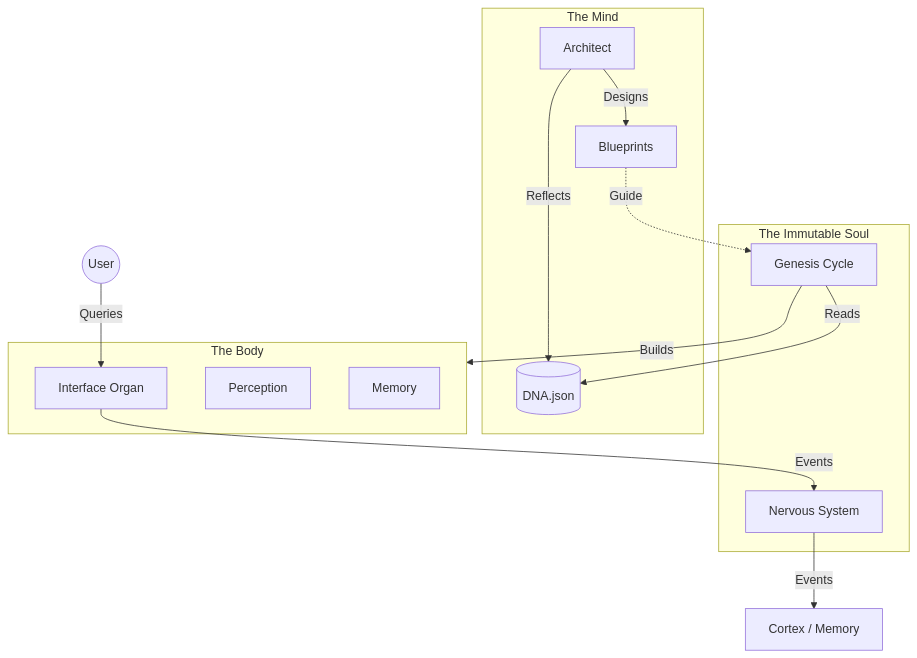
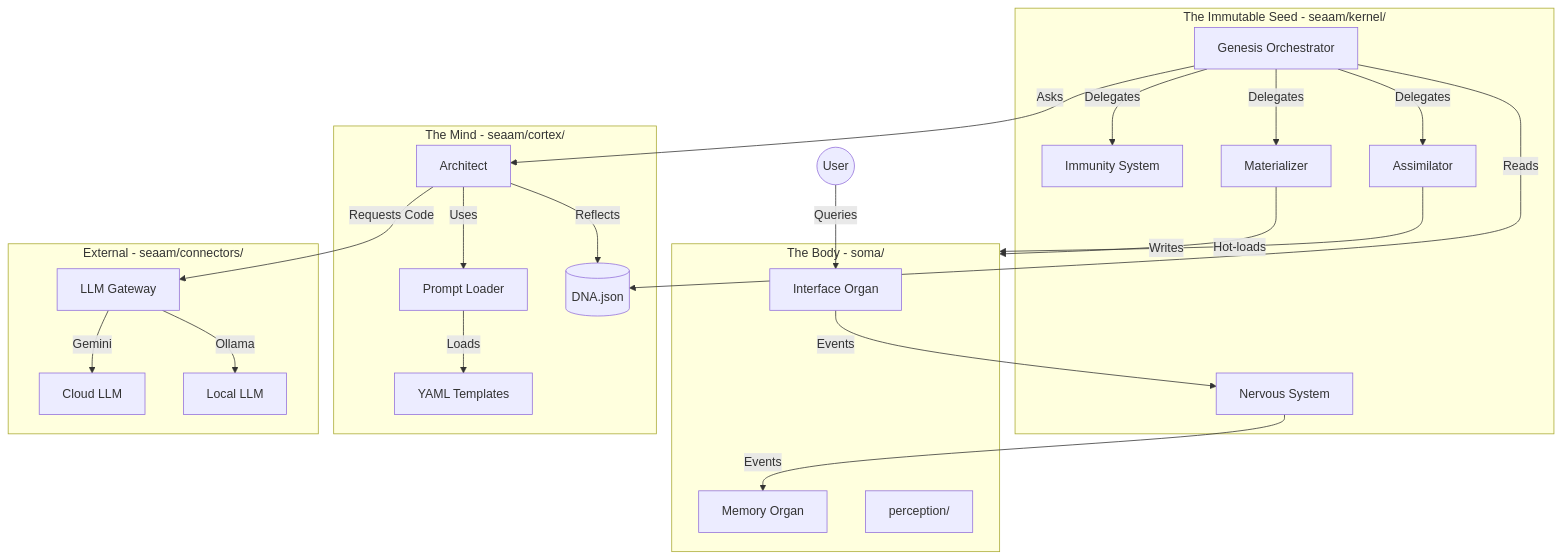
The first of 4 diagrams in docs/ARCHITECTURE.md (nranjan2code/sutraworks-SEAAM), drawn with Mermaid before and after one commit. The commit also changed other lines of this file and 49 other files, not shown here.

First line of the commit message:
🚀 Major Architectural Refactor (A+ Grade)

````diff
--- a/docs/ARCHITECTURE.md
+++ b/docs/ARCHITECTURE.md
@@ -7,26 +13,41 @@
 ```mermaid
 graph TD
     User((User)) -->|Queries| Interface[Interface Organ]
     Interface -->|Events| Bus[Nervous System]
-    Bus -->|Events| Cortex[Cortex / Memory]
+    Bus -->|Events| Memory[Memory Organ]
     
-    subgraph KERNEL [The Immutable Soul]
-        Genesis[Genesis Cycle]
+    subgraph KERNEL [The Immutable Seed - seaam/kernel/]
+        Genesis[Genesis Orchestrator]
         Bus
+        Assimilator[Assimilator]
+        Materializer[Materializer]
+        Immunity[Immunity System]
     end
     
-    subgraph CORTEX [The Mind]
+    subgraph CORTEX [The Mind - seaam/cortex/]
         Architect[Architect] -->|Reflects| DNA[(DNA.json)]
-        Architect -->|Designs| Blueprints
+        Architect -->|Uses| PromptLoader[Prompt Loader]
+        PromptLoader -->|Loads| Prompts[YAML Templates]
     end
     
-    subgraph SOMA [The Body]
-        Perception
+    subgraph SOMA [The Body - soma/]
+        Perception[perception/]
         Memory
         Interface
     end
     
+    subgraph CONNECTORS [External - seaam/connectors/]
+        Gateway[LLM Gateway]
+        Gateway -->|Ollama| Ollama[Local LLM]
+        Gateway -->|Gemini| Gemini[Cloud LLM]
+    end
+    
     Genesis -->|Reads| DNA
-    Genesis -->|Builds| SOMA
-    Blueprints -.->|Guide| Genesis
+    Genesis -->|Delegates| Assimilator
+    Genesis -->|Delegates| Materializer
+    Genesis -->|Delegates| Immunity
+    Genesis -->|Asks| Architect
+    Architect -->|Requests Code| Gateway
+    Materializer -->|Writes| SOMA
+    Assimilator -->|Hot-loads| SOMA
 ```
````
